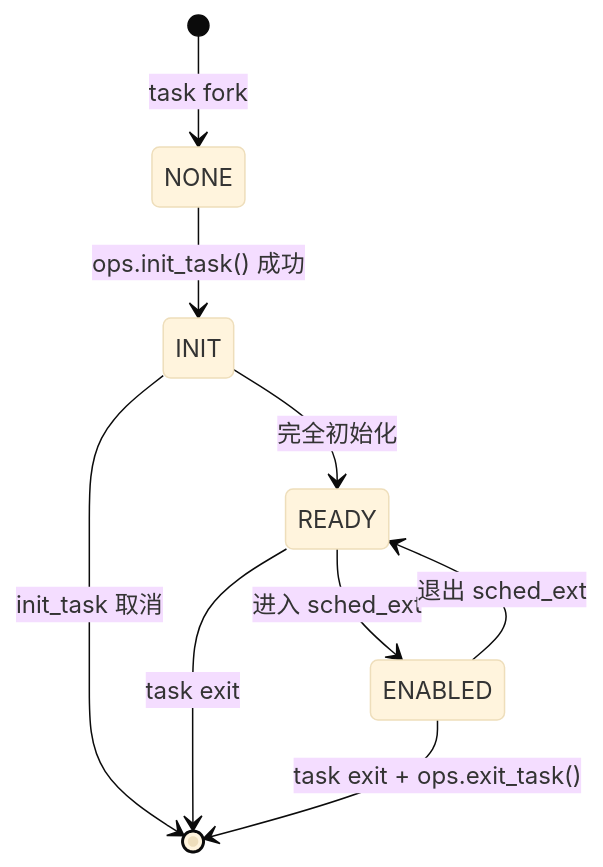
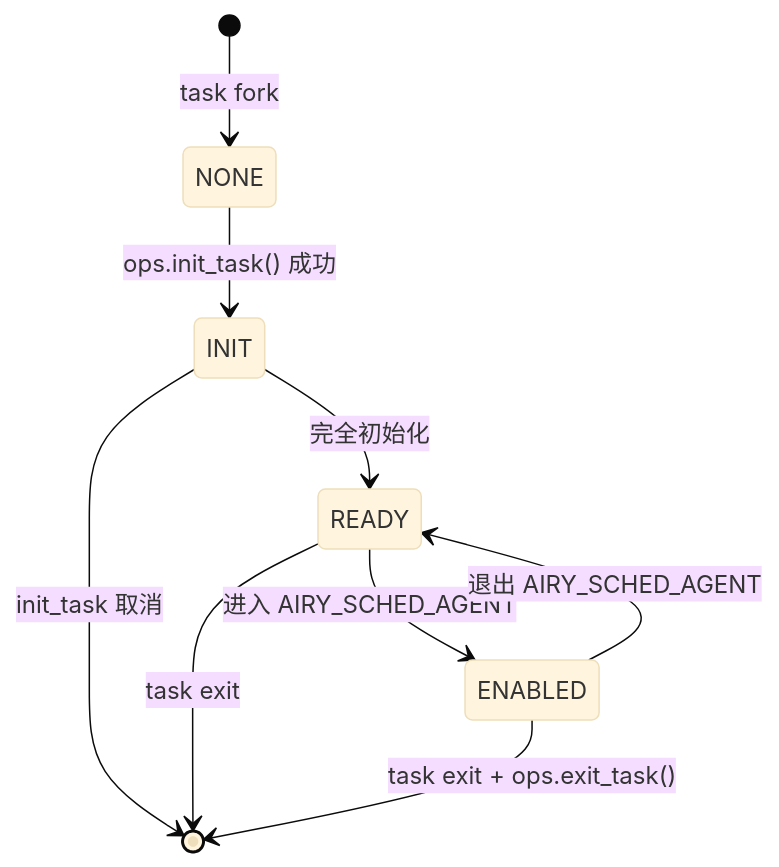
One commit to openairymax/docs changed the third of 6 diagrams in AirymaxOS/40-dataflows/04-scheduling-flow.md. Above: the diagram before and after it, drawn with Mermaid (base theme). The commit also changed other lines of this file and 115 other files, not shown here.

````diff
--- a/AirymaxOS/40-dataflows/04-scheduling-flow.md
+++ b/AirymaxOS/40-dataflows/04-scheduling-flow.md
@@ -449,11 +473,11 @@
 ```mermaid
 stateDiagram-v2
     [*] --> NONE: task fork
     NONE --> INIT: ops.init_task() 成功
     INIT --> READY: 完全初始化
-    READY --> ENABLED: 进入 sched_ext
-    ENABLED --> READY: 退出 sched_ext
+    READY --> ENABLED: 进入 AIRY_SCHED_AGENT
+    ENABLED --> READY: 退出 AIRY_SCHED_AGENT
     INIT --> [*]: init_task 取消
     READY --> [*]: task exit
     ENABLED --> [*]: task exit + ops.exit_task()
 ```
````
